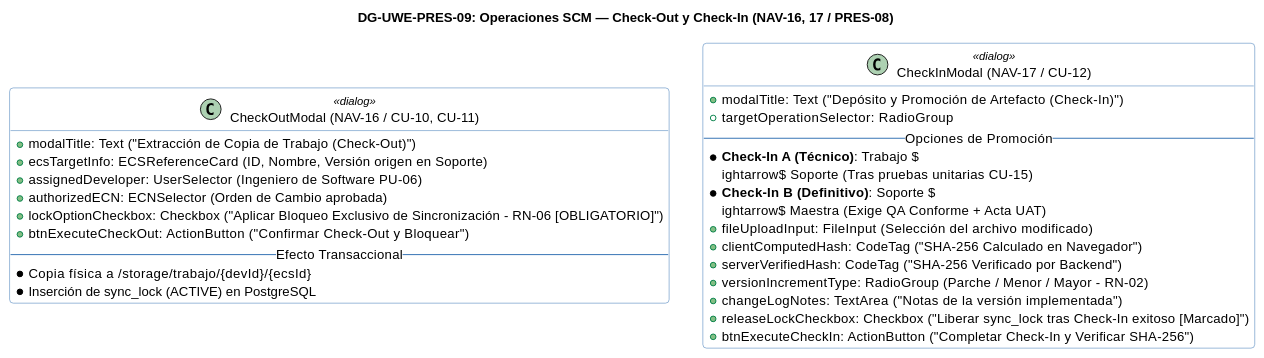
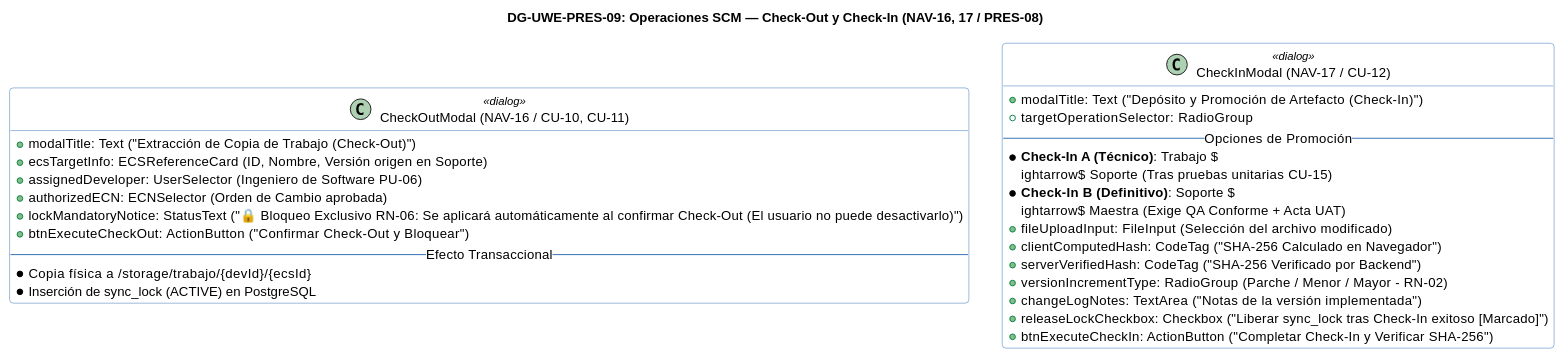
Before and after one commit to JMedina255/TraceFlow: diagram 32 of 41 in FD05-EPIS-Informe_SAD_Diseno.md, drawn with PlantUML. The commit also changed other lines of this file and 1 other file, not shown here.

````diff
--- a/FD05-EPIS-Informe_SAD_Diseno.md
+++ b/FD05-EPIS-Informe_SAD_Diseno.md
@@ -3494,49 +3502,49 @@
 ```plantuml
 @startuml
 skinparam shadowing false
 skinparam roundcorner 8
 skinparam defaultFontName Arial
 skinparam packageStyle rectangle
 
 title <b>DG-UWE-PRES-09: Operaciones SCM — Check-Out y Check-In (NAV-16, 17 / PRES-08)</b>
 
 skinparam class {
     BackgroundColor<<dialog>> #FFFFFF
     BorderColor<<dialog>> #2B6CB0
     BackgroundColor<<field>> #F7FAFC
     BorderColor<<field>> #CBD5E0
     BackgroundColor<<action>> #3182CE
     FontColor<<action>> #FFFFFF
 }
 
 class "CheckOutModal (NAV-16 / CU-10, CU-11)" as CheckOutDialog <<dialog>> {
     +modalTitle: Text ("Extracción de Copia de Trabajo (Check-Out)")
     +ecsTargetInfo: ECSReferenceCard (ID, Nombre, Versión origen en Soporte)
     +assignedDeveloper: UserSelector (Ingeniero de Software PU-06)
     +authorizedECN: ECNSelector (Orden de Cambio aprobada)
-    +lockOptionCheckbox: Checkbox ("Aplicar Bloqueo Exclusivo de Sincronización - RN-06 [OBLIGATORIO]")
+    +lockMandatoryNotice: StatusText ("🔒 Bloqueo Exclusivo RN-06: Se aplicará automáticamente al confirmar Check-Out (El usuario no puede desactivarlo)")
     +btnExecuteCheckOut: ActionButton ("Confirmar Check-Out y Bloquear")
     -- Efecto Transaccional --
     * Copia física a /storage/trabajo/{devId}/{ecsId}
     * Inserción de sync_lock (ACTIVE) en PostgreSQL
 }
 
 class "CheckInModal (NAV-17 / CU-12)" as CheckInDialog <<dialog>> {
     +modalTitle: Text ("Depósito y Promoción de Artefacto (Check-In)")
     +targetOperationSelector: RadioGroup
     -- Opciones de Promoción --
     * **Check-In A (Técnico)**: Trabajo $
 ightarrow$ Soporte (Tras pruebas unitarias CU-15)
     * **Check-In B (Definitivo)**: Soporte $
 ightarrow$ Maestra (Exige QA Conforme + Acta UAT)
     +fileUploadInput: FileInput (Selección del archivo modificado)
     +clientComputedHash: CodeTag ("SHA-256 Calculado en Navegador")
     +serverVerifiedHash: CodeTag ("SHA-256 Verificado por Backend")
     +versionIncrementType: RadioGroup (Parche / Menor / Mayor - RN-02)
     +changeLogNotes: TextArea ("Notas de la versión implementada")
     +releaseLockCheckbox: Checkbox ("Liberar sync_lock tras Check-In exitoso [Marcado]")
     +btnExecuteCheckIn: ActionButton ("Completar Check-In y Verificar SHA-256")
 }
 
 @enduml
 ```
````
